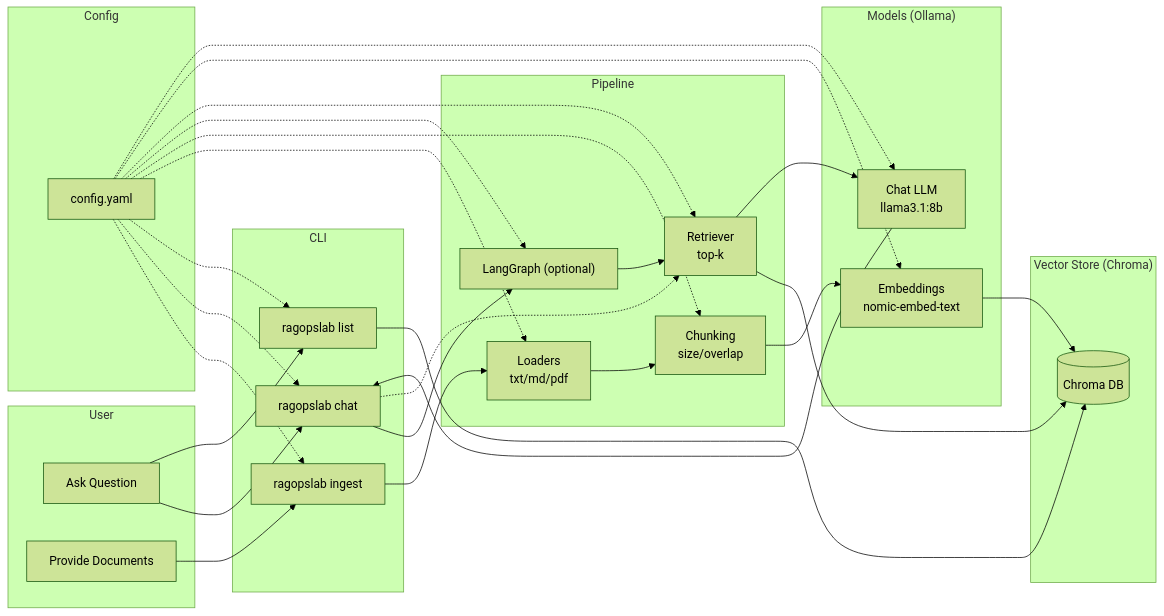
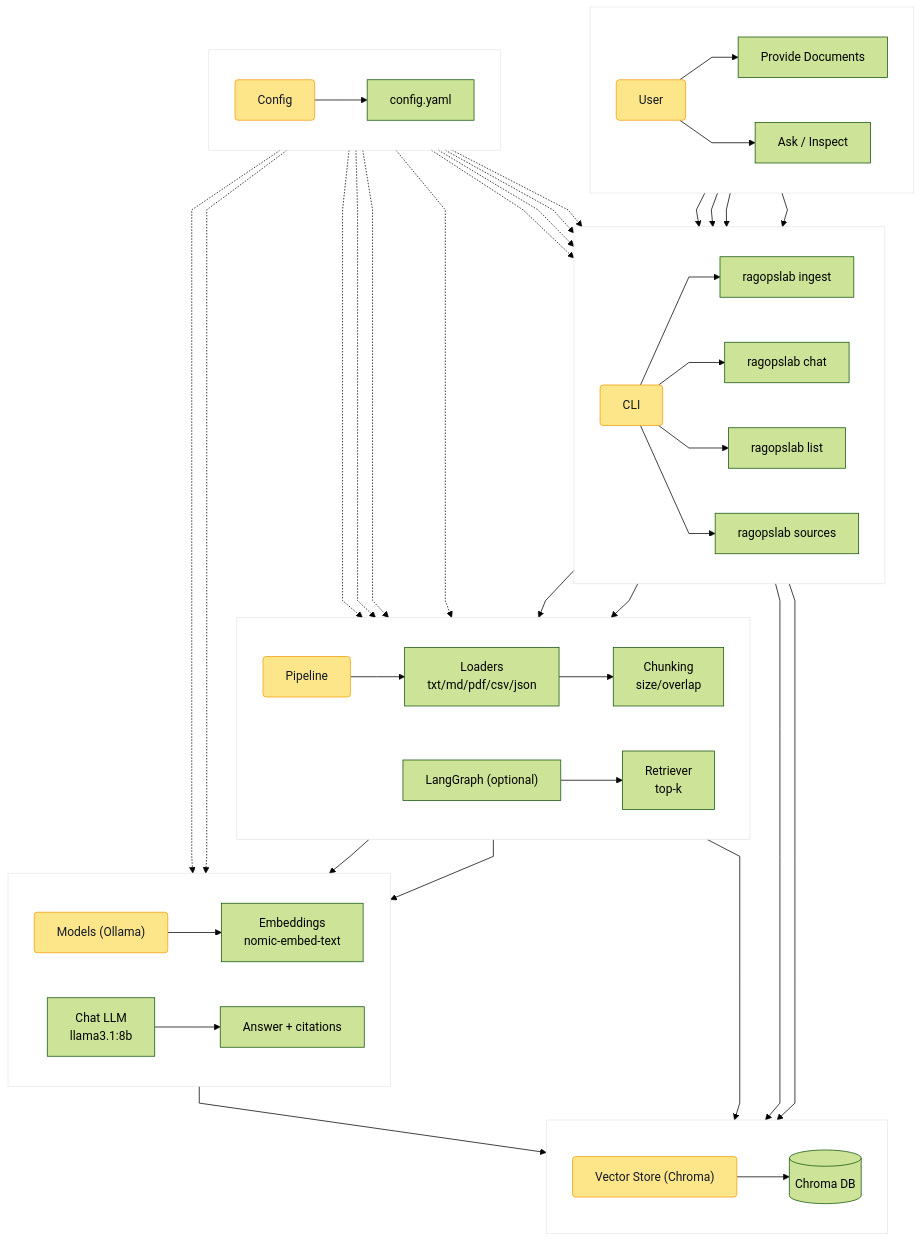
The diagram in docs/architecture_cross.mmd (marcelinojackson-org/AIML.RAGOpsLab), drawn with Mermaid (forest theme) before and after one commit. The commit also changed 12 other files, not shown here.

Commit message:
Add day5 sources and diagrams

```diff
--- a/docs/architecture_cross.mmd
+++ b/docs/architecture_cross.mmd
@@ -1,55 +1,86 @@
-flowchart LR
-  subgraph User
-    UQ[Ask Question]
+%%{init: {"flowchart": {"curve": "linear", "nodeSpacing": 60, "rankSpacing": 45}}}%%
+flowchart TB
+  classDef laneLabel fill:#fde68a,stroke:#f59e0b,color:#111827,stroke-width:1px,rx:4,ry:4
+  classDef laneBox fill:transparent,stroke:#e5e7eb,stroke-width:1px,rx:0,ry:0
+
+  subgraph LaneUser[" "]
+    direction LR
+    ULBL["User"]:::laneLabel
     UD[Provide Documents]
+    UQ[Ask / Inspect]
+    ULBL --> UD
+    ULBL --> UQ
   end
 
-  subgraph CLI
+  subgraph LaneCLI[" "]
+    direction LR
+    CLBL["CLI"]:::laneLabel
     ING[ragopslab ingest]
+    CHT[ragopslab chat]
     LST[ragopslab list]
-    CHT[ragopslab chat]
+    SRC[ragopslab sources]
+    CLBL --> ING
+    CLBL --> CHT
+    CLBL --> LST
+    CLBL --> SRC
   end
 
-  subgraph Pipeline
-    LOAD[Loaders<br/>txt/md/pdf]
+  subgraph LanePipeline[" "]
+    direction LR
+    PLBL["Pipeline"]:::laneLabel
+    LOAD[Loaders<br/>txt/md/pdf/csv/json]
     CHK[Chunking<br/>size/overlap]
     LG["LangGraph (optional)"]
     RET[Retriever<br/>top-k]
+    PLBL --> LOAD
   end
 
-  subgraph "Vector Store (Chroma)"
-    VEC[(Chroma DB)]
+  subgraph LaneModels[" "]
+    direction LR
+    MLB["Models (Ollama)"]:::laneLabel
+    EMB[Embeddings<br/>nomic-embed-text]
+    LLM[Chat LLM<br/>llama3.1:8b]
+    ANS[Answer + citations]
+    MLB --> EMB
   end
 
-  subgraph "Models (Ollama)"
-    EMB[Embeddings<br/>nomic-embed-text]
-    LLM[Chat LLM<br/>llama3.1:8b]
+  subgraph LaneVector[" "]
+    direction LR
+    VLBL["Vector Store (Chroma)"]:::laneLabel
+    VEC[(Chroma DB)]
+    VLBL --> VEC
   end
 
-  subgraph Config
+  subgraph LaneConfig[" "]
+    direction LR
+    CGLB["Config"]:::laneLabel
     CFG[config.yaml]
+    CGLB --> CFG
   end
 
-  UD --> ING
-  ING --> LOAD --> CHK --> EMB --> VEC
+  %% Primary flows (left-to-right across lanes)
+  UD --> ING --> LOAD --> CHK --> EMB --> VEC
+  UQ --> CHT --> LG --> RET --> VEC
+  RET --> LLM --> ANS
+  UQ --> LST --> VEC
+  UQ --> SRC --> VEC
 
-  UQ --> CHT
-  CHT --> LG
-  CHT -.-> RET
-  LG --> RET
-  RET --> VEC
-  RET --> LLM
-  LLM --> CHT
-
-  UQ --> LST
-  LST --> VEC
-
+  %% Config influences (dotted)
   CFG -.-> ING
   CFG -.-> CHT
   CFG -.-> LST
+  CFG -.-> SRC
   CFG -.-> LOAD
   CFG -.-> CHK
   CFG -.-> LG
   CFG -.-> RET
   CFG -.-> EMB
   CFG -.-> LLM
+
+  %% Lane styling (swimlane feel)
+  style LaneUser fill:transparent,stroke:#e5e7eb,stroke-width:1px,rx:0,ry:0
+  style LaneCLI fill:transparent,stroke:#e5e7eb,stroke-width:1px,rx:0,ry:0
+  style LanePipeline fill:transparent,stroke:#e5e7eb,stroke-width:1px,rx:0,ry:0
+  style LaneModels fill:transparent,stroke:#e5e7eb,stroke-width:1px,rx:0,ry:0
+  style LaneVector fill:transparent,stroke:#e5e7eb,stroke-width:1px,rx:0,ry:0
+  style LaneConfig fill:transparent,stroke:#e5e7eb,stroke-width:1px,rx:0,ry:0
```
